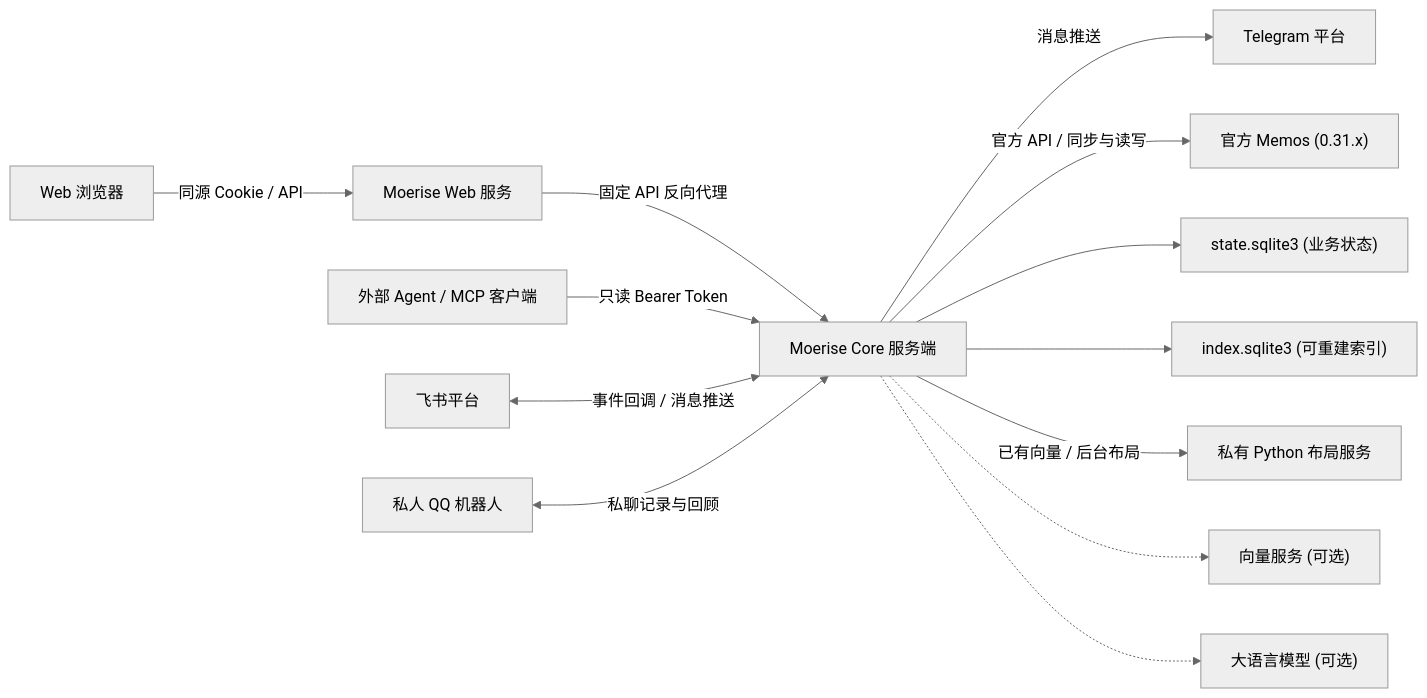
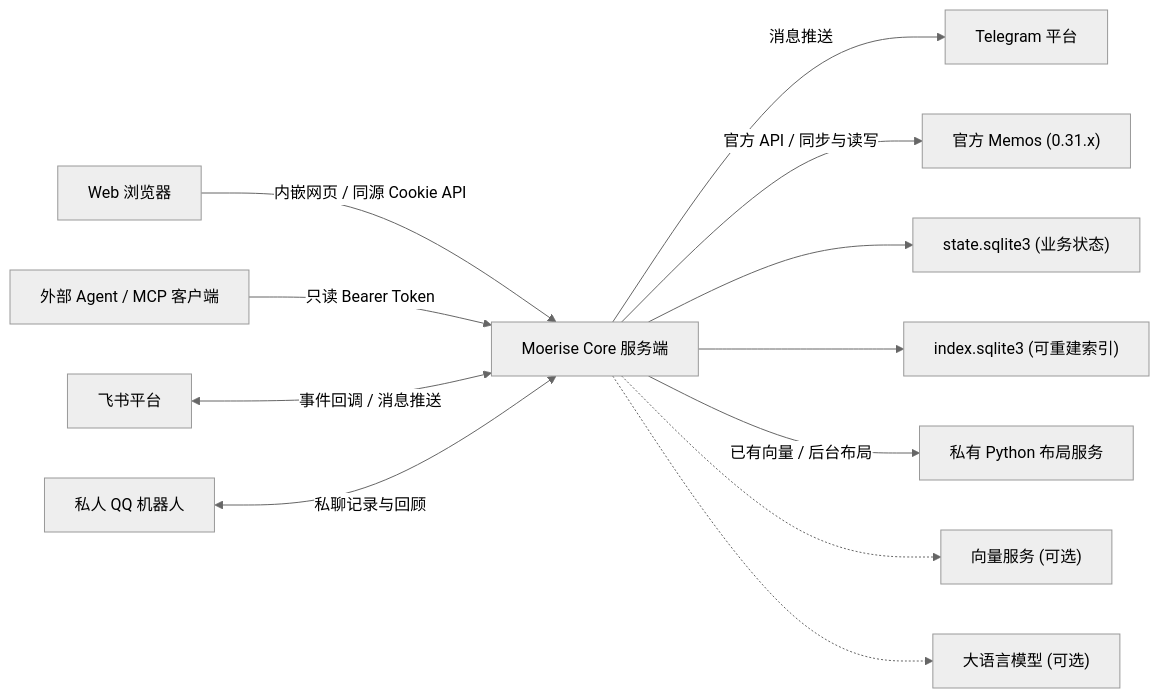
One commit to Fermin214/Moerise changed the diagram in README.md. Above: the diagram before and after it, drawn with Mermaid (neutral theme). The commit also changed other lines of this file and 288 other files, not shown here.

````diff
--- a/README.md
+++ b/README.md
@@ -51,16 +51,15 @@
 ```mermaid
 flowchart LR
-    Browser["Web 浏览器"] -->|"同源 Cookie / API"| Web["Moerise Web 服务"]
-    Web -->|"固定 API 反向代理"| Core["Moerise Core 服务端"]
+    Browser["Web 浏览器"] -->|"内嵌网页 / 同源 Cookie API"| Core["Moerise Core 服务端"]
     Agent["外部 Agent / MCP 客户端"] -->|"只读 Bearer Token"| Core
     Feishu["飞书平台"] <-->|"事件回调 / 消息推送"| Core
     Core -->|"消息推送"| Telegram["Telegram 平台"]
     QQ["私人 QQ 机器人"] <-->|"私聊记录与回顾"| Core
 
     Core -->|"官方 API / 同步与读写"| Memos["官方 Memos (0.31.x)"]
     Core --> State["state.sqlite3 (业务状态)"]
     Core --> Index["index.sqlite3 (可重建索引)"]
     Core -->|"已有向量 / 后台布局"| Layout["私有 Python 布局服务"]
     Core -.-> Embedding["向量服务 (可选)"]
     Core -.-> LLM["大语言模型 (可选)"]
 ```
````
